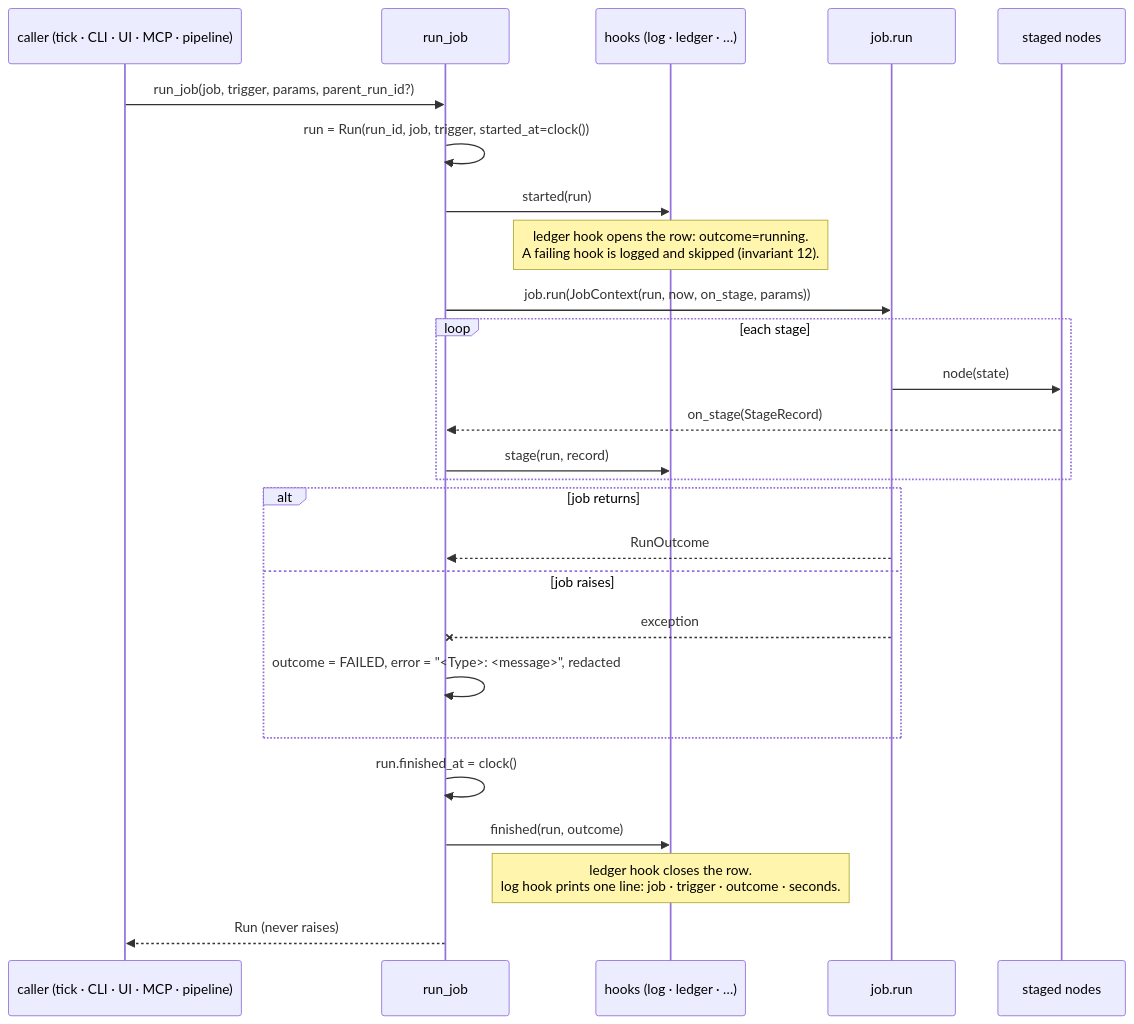
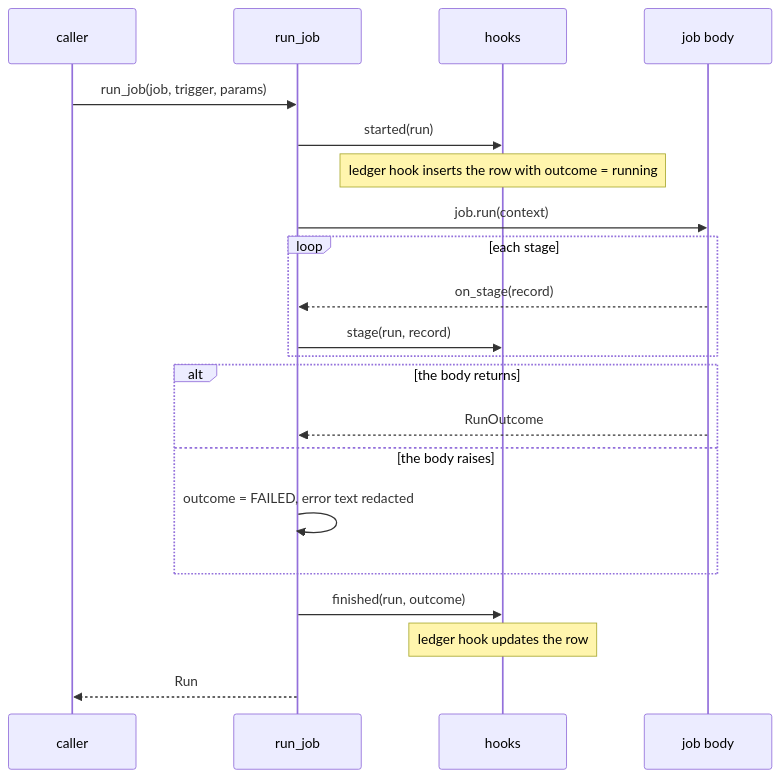
The second of 2 diagrams in docs/harness/runner/DESIGN.md (stamzid/candlegraph), drawn with Mermaid before and after one commit. The commit also changed other lines of this file and 40 other files, not shown here.

Commit message:
One shape of a run for pre-harness stage 2

````diff
--- a/docs/harness/runner/DESIGN.md
+++ b/docs/harness/runner/DESIGN.md
@@ -296,29 +230,24 @@
 ```mermaid
 sequenceDiagram
-  participant C as caller (tick · CLI · UI · MCP · pipeline)
+  participant C as caller
   participant R as run_job
-  participant H as hooks (log · ledger · …)
-  participant J as job.run
-  participant S as staged nodes
+  participant H as hooks
+  participant J as job body
 
-  C->>R: run_job(job, trigger, params, parent_run_id?)
-  R->>R: run = Run(run_id, job, trigger, started_at=clock())
+  C->>R: run_job(job, trigger, params)
   R->>H: started(run)
-  Note over H: ledger hook opens the row: outcome=running.<br/>A failing hook is logged and skipped (invariant 12).
-  R->>J: job.run(JobContext(run, now, on_stage, params))
+  Note over H: ledger hook inserts the row with outcome = running
+  R->>J: job.run(context)
   loop each stage
-    J->>S: node(state)
-    S-->>R: on_stage(StageRecord)
+    J-->>R: on_stage(record)
     R->>H: stage(run, record)
   end
-  alt job returns
+  alt the body returns
     J-->>R: RunOutcome
-  else job raises
-    J--xR: exception
-    R->>R: outcome = FAILED, error = "<Type>: <message>", redacted
+  else the body raises
+    R->>R: outcome = FAILED, error text redacted
   end
-  R->>R: run.finished_at = clock()
   R->>H: finished(run, outcome)
-  Note over H: ledger hook closes the row.<br/>log hook prints one line: job · trigger · outcome · seconds.
-  R-->>C: Run (never raises)
+  Note over H: ledger hook updates the row
+  R-->>C: Run
 ```
````
